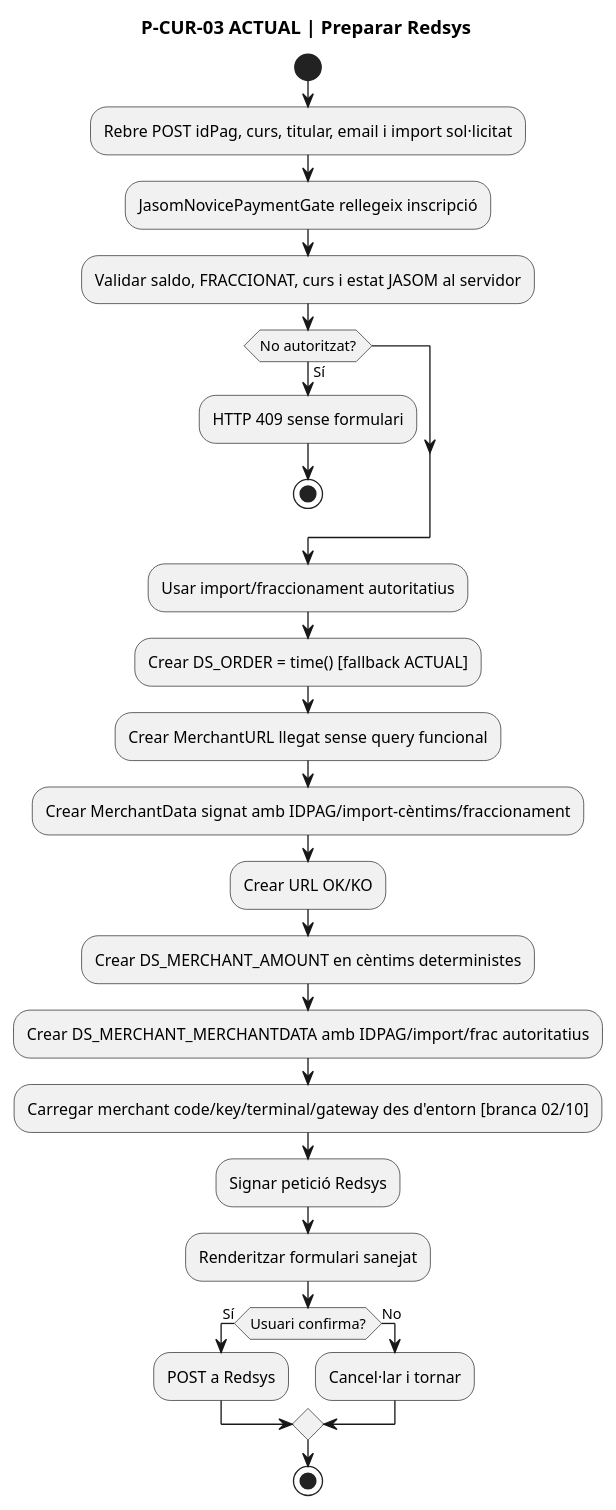
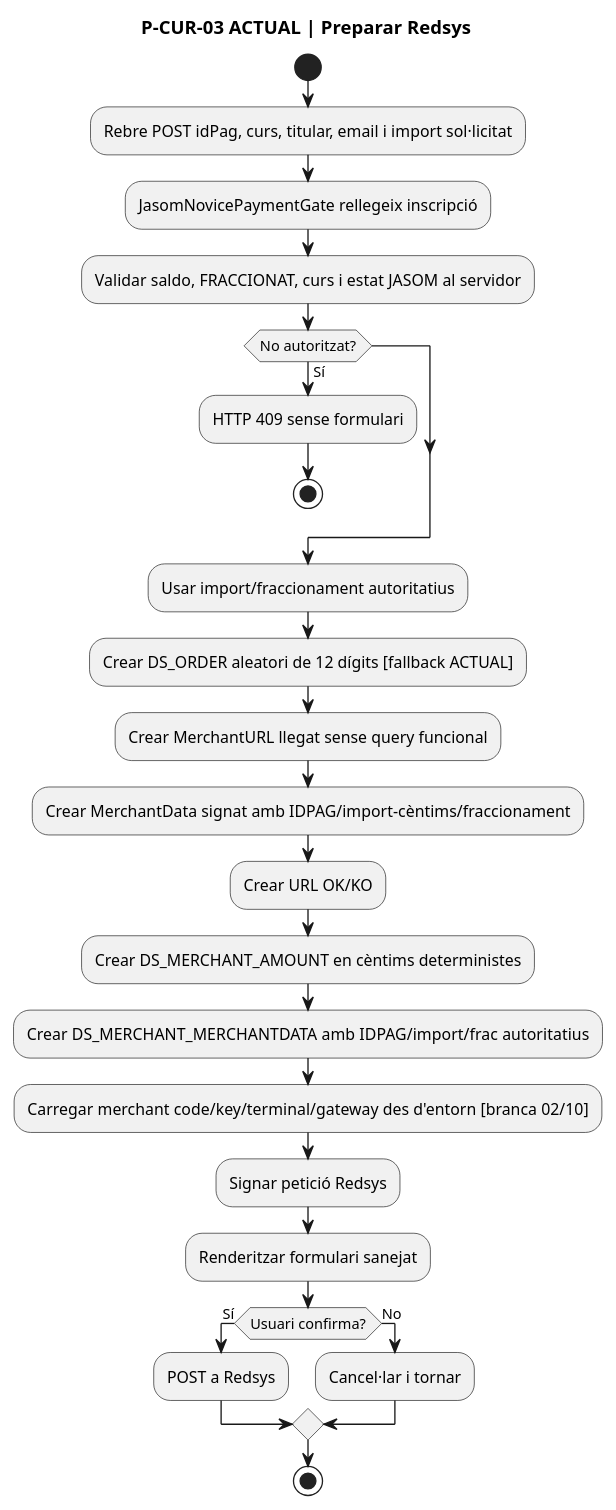
One commit to orgmeriemprismacat-del/verifactu changed the fifth of 14 diagrams in documentacio/07-uml-integrat/uc-014-activitats-pagines-redsys-actual-final.md. Above: the diagram before and after it, drawn with PlantUML. The commit also changed other lines of this file, not shown here.

Commit message:
docs(UC-014): reconciliar context signat i DS_ORDER

````diff
--- a/documentacio/07-uml-integrat/uc-014-activitats-pagines-redsys-actual-final.md
+++ b/documentacio/07-uml-integrat/uc-014-activitats-pagines-redsys-actual-final.md
@@ -125,29 +125,29 @@
 ```plantuml
 @startuml
 title P-CUR-03 ACTUAL | Preparar Redsys
 start
 :Rebre POST idPag, curs, titular, email i import sol·licitat;
 :JasomNovicePaymentGate rellegeix inscripció;
 :Validar saldo, FRACCIONAT, curs i estat JASOM al servidor;
 if (No autoritzat?) then (Sí)
   :HTTP 409 sense formulari;
   stop
 endif
 :Usar import/fraccionament autoritatius;
-:Crear DS_ORDER = time() [fallback ACTUAL];
+:Crear DS_ORDER aleatori de 12 dígits [fallback ACTUAL];
 :Crear MerchantURL llegat sense query funcional;
 :Crear MerchantData signat amb IDPAG/import-cèntims/fraccionament;
 :Crear URL OK/KO;
 :Crear DS_MERCHANT_AMOUNT en cèntims deterministes;
 :Crear DS_MERCHANT_MERCHANTDATA amb IDPAG/import/frac autoritatius;
 :Carregar merchant code/key/terminal/gateway des d'entorn [branca 02/10];
 :Signar petició Redsys;
 :Renderitzar formulari sanejat;
 if (Usuari confirma?) then (Sí)
   :POST a Redsys;
 else (No)
   :Cancel·lar i tornar;
 endif
 stop
 @enduml
 ```
````
